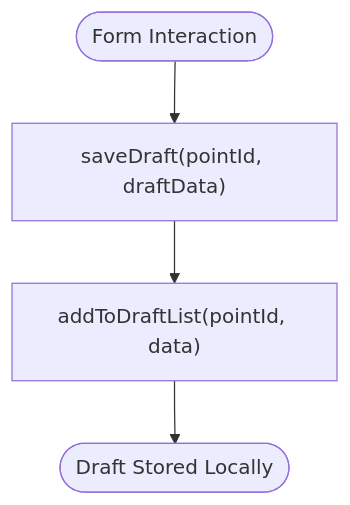
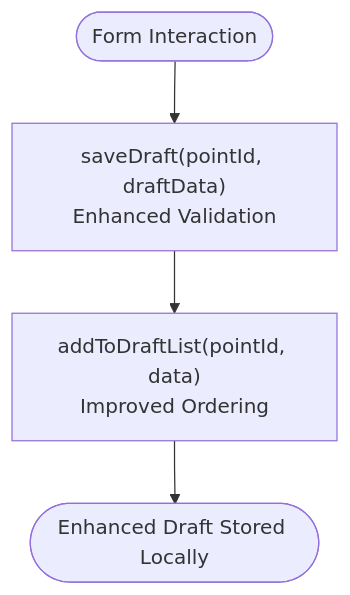
One commit to bo961386926/Survey-App changed the sixth of 11 diagrams in .qoder/repowiki/en/content/Data Collection & Forms/Offline Data Synchronization.md. Above: the diagram before and after it, drawn with Mermaid. The commit also changed other lines of this file and 25 other files, not shown here.

````diff
--- a/.qoder/repowiki/en/content/Data Collection & Forms/Offline Data Synchronization.md
+++ b/.qoder/repowiki/en/content/Data Collection & Forms/Offline Data Synchronization.md
@@ -270,6 +304,6 @@
 ```mermaid
 flowchart TD
-DStart(["Form Interaction"]) --> DraftSave["saveDraft(pointId, draftData)"]
-DraftSave --> ListUpdate["addToDraftList(pointId, data)"]
-ListUpdate --> DEnd(["Draft Stored Locally"])
+DStart(["Form Interaction"]) --> DraftSave["saveDraft(pointId, draftData)<br/>Enhanced Validation"]
+DraftSave --> ListUpdate["addToDraftList(pointId, data)<br/>Improved Ordering"]
+ListUpdate --> DEnd(["Enhanced Draft Stored Locally"])
 ```
````
